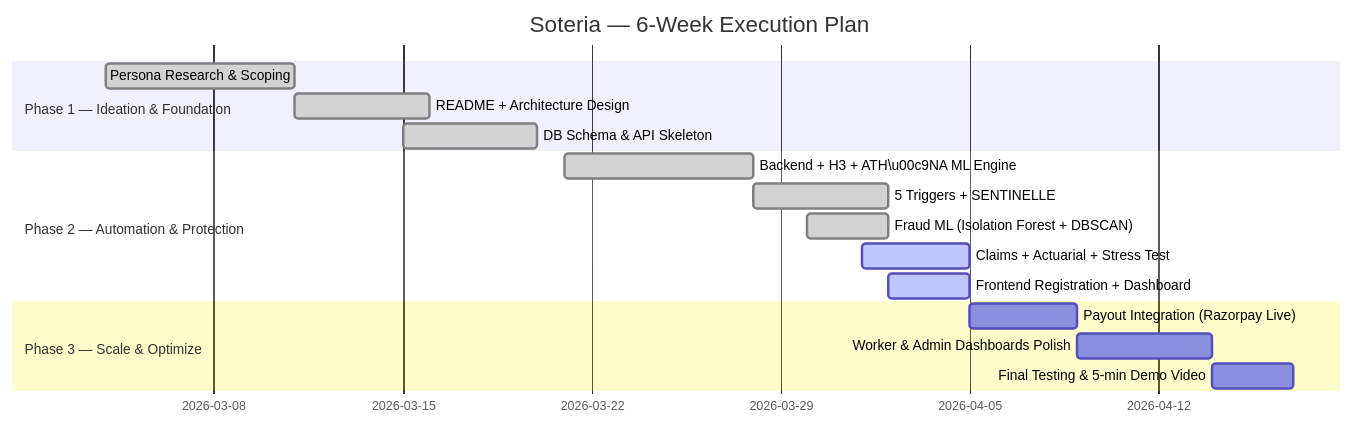
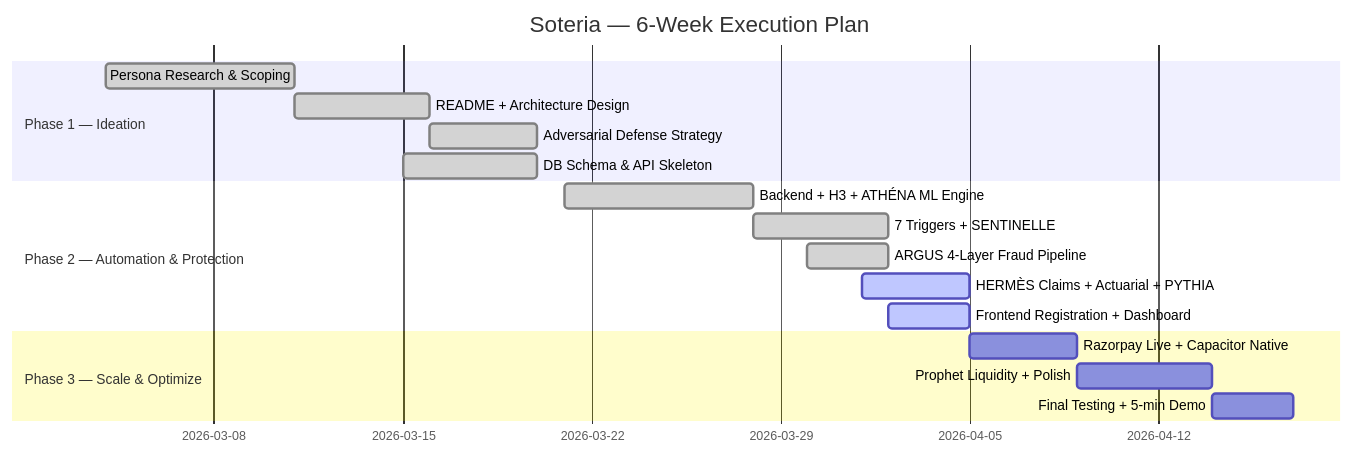
The tenth of 10 diagrams in README.md (lobezno16/gig-income-shield), drawn with Mermaid before and after one commit. The commit also changed other lines of this file, not shown here.

First line of the commit message:
Merge Phase 1 + Phase 2 README: Complete A+ submission

````diff
--- a/README.md
+++ b/README.md
@@ -1223,22 +1389,23 @@
 ```mermaid
 gantt
     title Soteria — 6-Week Execution Plan
     dateFormat YYYY-MM-DD
 
-    section Phase 1 — Ideation & Foundation
+    section Phase 1 — Ideation
     Persona Research & Scoping          :done, p1a, 2026-03-04, 7d
     README + Architecture Design        :done, p1b, 2026-03-11, 5d
+    Adversarial Defense Strategy        :done, p1c, 2026-03-16, 4d
     DB Schema & API Skeleton            :done, p1d, 2026-03-15, 5d
 
     section Phase 2 — Automation & Protection
-    Backend + H3 + ATH\u00c9NA ML Engine     :done, p2a, 2026-03-21, 7d
-    5 Triggers + SENTINELLE           :done, p2b, 2026-03-28, 5d
-    Fraud ML (Isolation Forest + DBSCAN):done, p2e, 2026-03-30, 3d
-    Claims + Actuarial + Stress Test    :active, p2c, 2026-04-01, 4d
+    Backend + H3 + ATHÉNA ML Engine     :done, p2a, 2026-03-21, 7d
+    7 Triggers + SENTINELLE             :done, p2b, 2026-03-28, 5d
+    ARGUS 4-Layer Fraud Pipeline        :done, p2e, 2026-03-30, 3d
+    HERMÈS Claims + Actuarial + PYTHIA  :active, p2c, 2026-04-01, 4d
     Frontend Registration + Dashboard   :active, p2d, 2026-04-02, 3d
 
     section Phase 3 — Scale & Optimize
-    Payout Integration (Razorpay Live)          :p3b, 2026-04-05, 4d
-    Worker & Admin Dashboards Polish            :p3c, 2026-04-09, 5d
-    Final Testing & 5-min Demo Video            :p3d, 2026-04-14, 3d
+    Razorpay Live + Capacitor Native    :p3b, 2026-04-05, 4d
+    Prophet Liquidity + Polish          :p3c, 2026-04-09, 5d
+    Final Testing + 5-min Demo          :p3d, 2026-04-14, 3d
 ```
````
